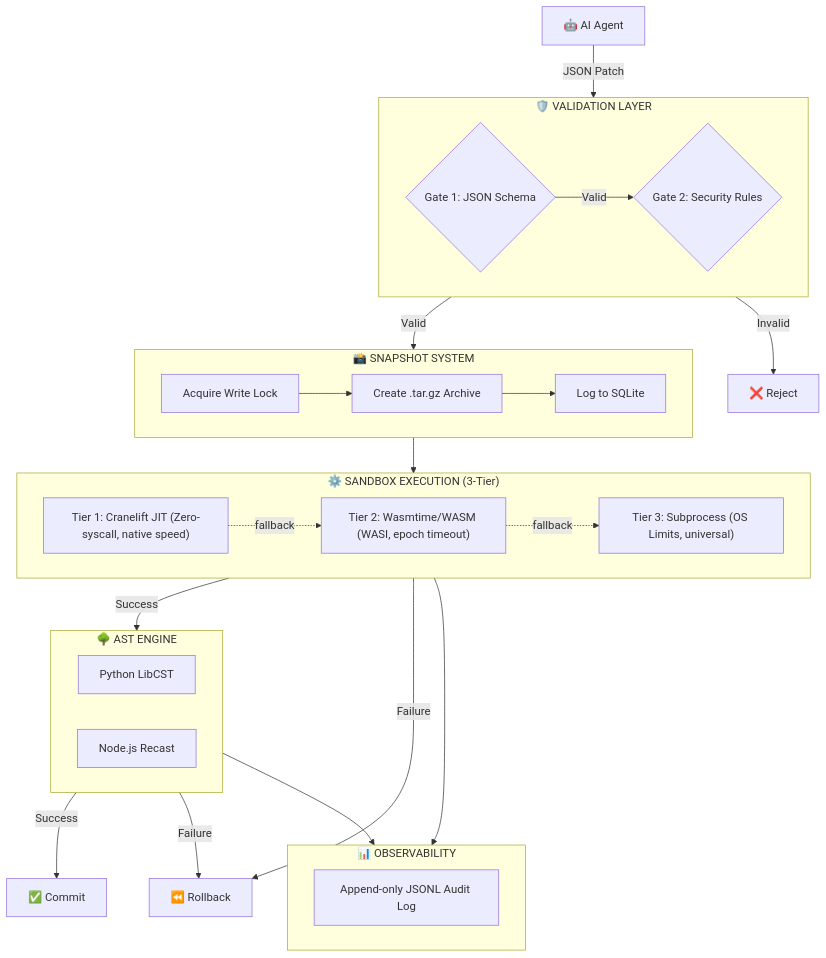
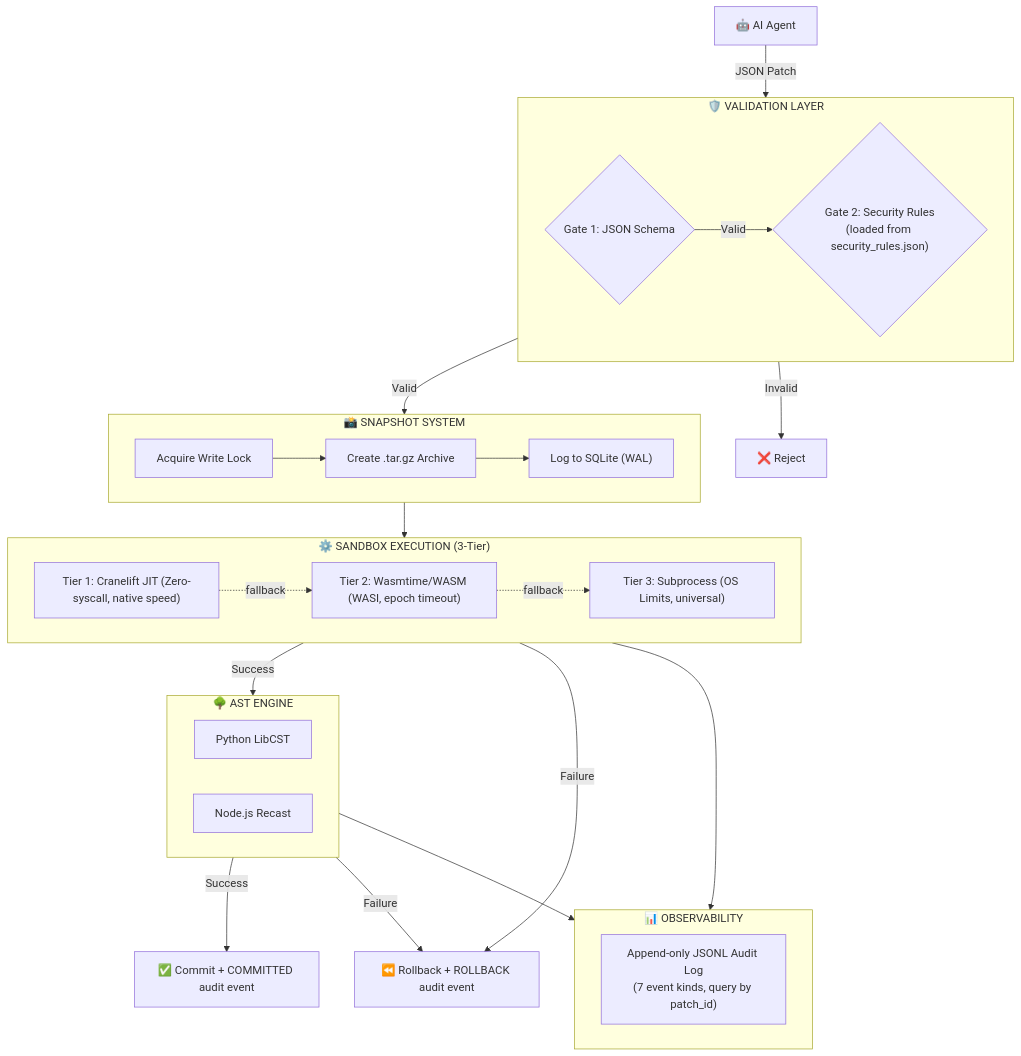
The second of 2 diagrams in README.md (foxprint666/aether-lang), drawn with Mermaid before and after one commit. The commit also changed other lines of this file and 11 other files, not shown here.

First line of the commit message:
Phase A harden: JIT/AOT panic fixes, security_rules.json, isolation_level, fault-injection tests

````diff
--- a/README.md
+++ b/README.md
@@ -105,47 +112,47 @@
 ```mermaid
 flowchart TD
     Agent["🤖 AI Agent"] -->|JSON Patch| Validation
     
     subgraph Validation["🛡️ VALIDATION LAYER"]
         G1{"Gate 1: JSON Schema"} 
-        G2{"Gate 2: Security Rules"}
+        G2{"Gate 2: Security Rules\n(loaded from security_rules.json)"}
         G1 -->|Valid| G2
     end
     
     subgraph Snapshot["📸 SNAPSHOT SYSTEM"]
         Lock["Acquire Write Lock"]
         Tar["Create .tar.gz Archive"]
-        DB["Log to SQLite"]
+        DB["Log to SQLite (WAL)"]
         Lock --> Tar --> DB
     end
     
     subgraph Sandbox["⚙️ SANDBOX EXECUTION (3-Tier)"]
         T1["Tier 1: Cranelift JIT (Zero-syscall, native speed)"]
         T2["Tier 2: Wasmtime/WASM (WASI, epoch timeout)"]
         T3["Tier 3: Subprocess (OS Limits, universal)"]
         T1 -.->|fallback| T2
         T2 -.->|fallback| T3
     end
     
     subgraph AST["🌳 AST ENGINE"]
         PyAST["Python LibCST"]
         NodeAST["Node.js Recast"]
     end
 
     subgraph Observability["📊 OBSERVABILITY"]
-        AuditLog["Append-only JSONL Audit Log"]
+        AuditLog["Append-only JSONL Audit Log\n(7 event kinds, query by patch_id)"]
     end
     
     Validation -->|Valid| Snapshot
     Validation -->|Invalid| Reject["❌ Reject"]
     
     Snapshot --> Sandbox
     Sandbox -->|Success| AST
-    Sandbox -->|Failure| Rollback["⏪ Rollback"]
+    Sandbox -->|Failure| Rollback["⏪ Rollback + ROLLBACK audit event"]
     
-    AST -->|Success| Commit["✅ Commit"]
+    AST -->|Success| Commit["✅ Commit + COMMITTED audit event"]
     AST -->|Failure| Rollback
 
     Sandbox --> Observability
     AST --> Observability
 ```
````
